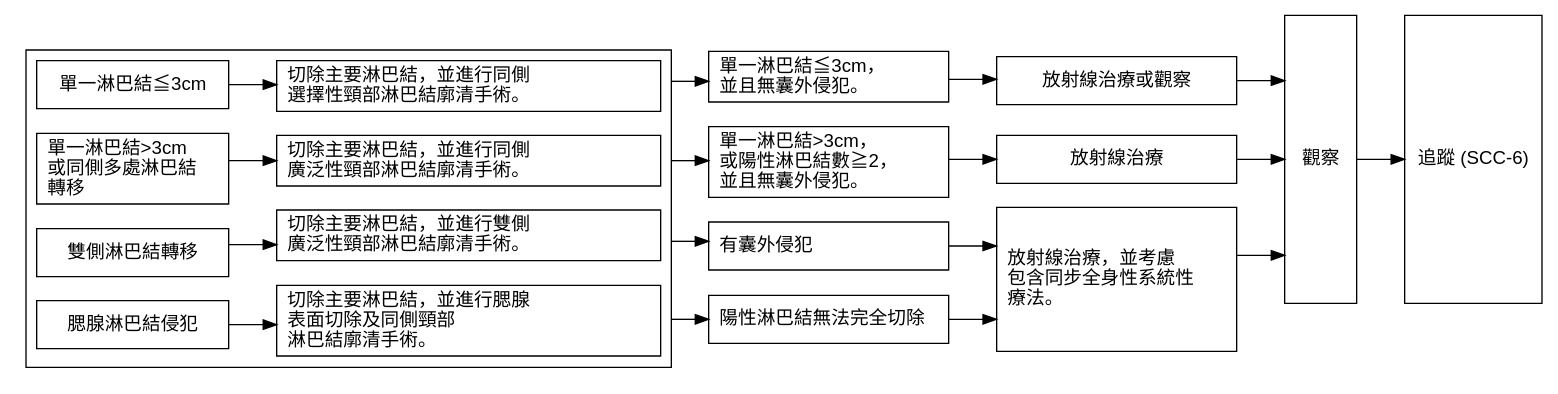
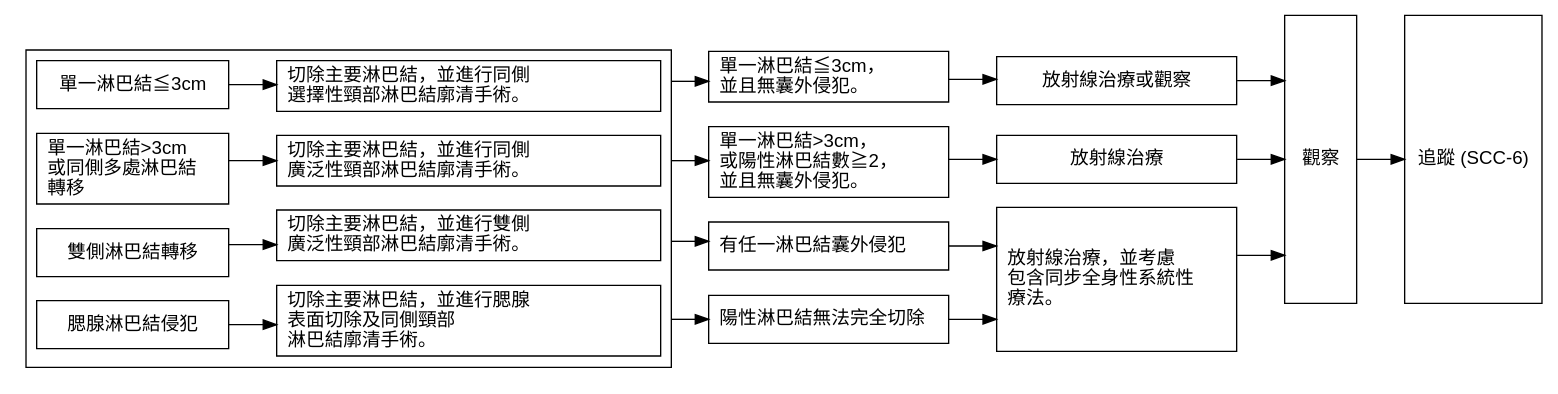
One commit to gnayyc/SkinCancerGuidelineDiagram changed the diagram in SCC.5.gv. Above: the diagram before and after it, drawn with Graphviz. The commit also changed 5 other files, not shown here.

```diff
--- a/SCC.5.gv
+++ b/SCC.5.gv
@@ -1,47 +1,47 @@
 digraph {
   compound=true;
 
   graph [rankdir = LR; splines=ortho; overlap=false]
   node [shape = box, fontname = Helvetica]
 
   subgraph cluster1 {
     ln1 -> tx1
     ln2 -> tx2
     ln3 -> tx3
     ln4 -> tx4
 		label = "";
 	}
 	
 	tx1 -> p1 [ltail=cluster1];
 	tx2 -> p2 [ltail=cluster1];
 	tx3 -> p3 [ltail=cluster1];
 	tx4 -> p4 [ltail=cluster1];
 	
 	p1 -> r1
 	p2 -> r2
 	{p3 p4} -> r3
 	
 	{r1 r2 r3} -> obs -> fu
 	
 	ln1 [label="單一淋巴結≦3cm"; width = 2]
 	ln2 [label="單一淋巴結>3cm\l或同側多處淋巴結\l轉移\l"; width = 2]
 	ln3 [label="雙側淋巴結轉移"; width = 2]
 	ln4 [label="腮腺淋巴結侵犯"; width = 2]
 	
 	tx1 [label = "切除主要淋巴結，並進行同側\l選擇性頸部淋巴結廓清手術。\l"; width=4]
 	tx2 [label = "切除主要淋巴結，並進行同側\l廣泛性頸部淋巴結廓清手術。\l"; width=4]
 	tx3 [label = "切除主要淋巴結，並進行雙側\l廣泛性頸部淋巴結廓清手術。\l"; width=4]
 	tx4 [label = "切除主要淋巴結，並進行腮腺\l表面切除及同側頸部\l淋巴結廓清手術。\l"; width=4]
 	
 	p1 [label = "單一淋巴結≦3cm，\l並且無囊外侵犯。\l"; width=2.5]
 	p2 [label = "單一淋巴結>3cm，\l或陽性淋巴結數≧2，\l並且無囊外侵犯。\l"; width=2.5]
-	p3 [label = "有囊外侵犯\l"; width=2.5]
+	p3 [label = "有任一淋巴結囊外侵犯\l"; width=2.5]
 	p4 [label = "陽性淋巴結無法完全切除\l"; width=2.5]
 
   r1 [label = 放射線治療或觀察; width = 2.5]
   r2 [label = 放射線治療; width = 2.5]
   r3 [label = "放射線治療，並考慮\l包含同步全身性系統性\l療法。\l"; width = 2.5; height=1.5]
   
   obs [label = "觀察"; height = 3]
   fu [label = "追蹤 (SCC-6)"; height = 3]
   }
```
